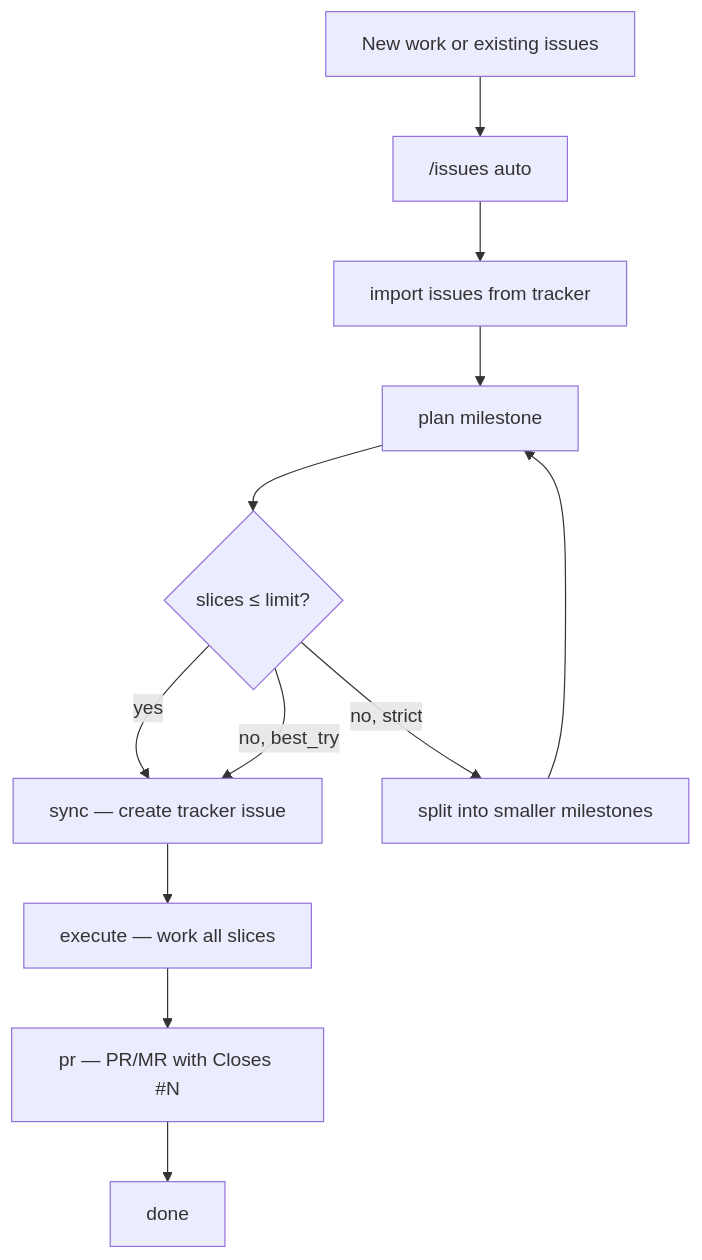
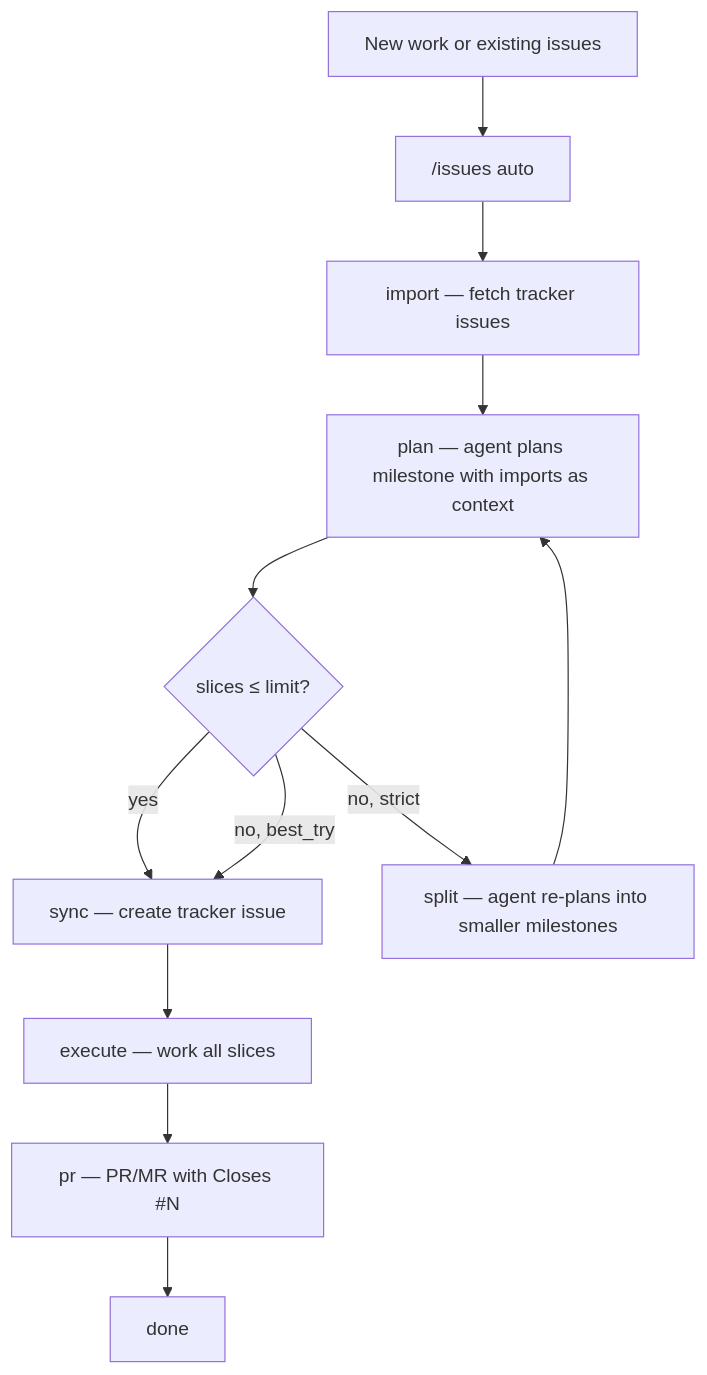
One commit to casimp/gsd-issues changed the second of 2 diagrams in README.md. Above: the diagram before and after it, drawn with Mermaid.

Commit message:
docs: clarify auto flow labels — import/plan apply to both new and existing work

````diff
--- a/README.md
+++ b/README.md
@@ -34,14 +34,14 @@
 ```mermaid
 flowchart TD
     A[New work or existing issues] --> B["/issues auto"]
-    B --> C[import issues from tracker]
-    C --> D[plan milestone]
+    B --> C[import — fetch tracker issues]
+    C --> D[plan — agent plans milestone with imports as context]
     D --> E{slices ≤ limit?}
     E -- yes --> G[sync — create tracker issue]
-    E -- no, strict --> F[split into smaller milestones]
+    E -- no, strict --> F[split — agent re-plans into smaller milestones]
     F --> D
     E -- no, best_try --> G
     G --> H[execute — work all slices]
     H --> I["pr — PR/MR with Closes #N"]
     I --> J[done]
 ```
````
